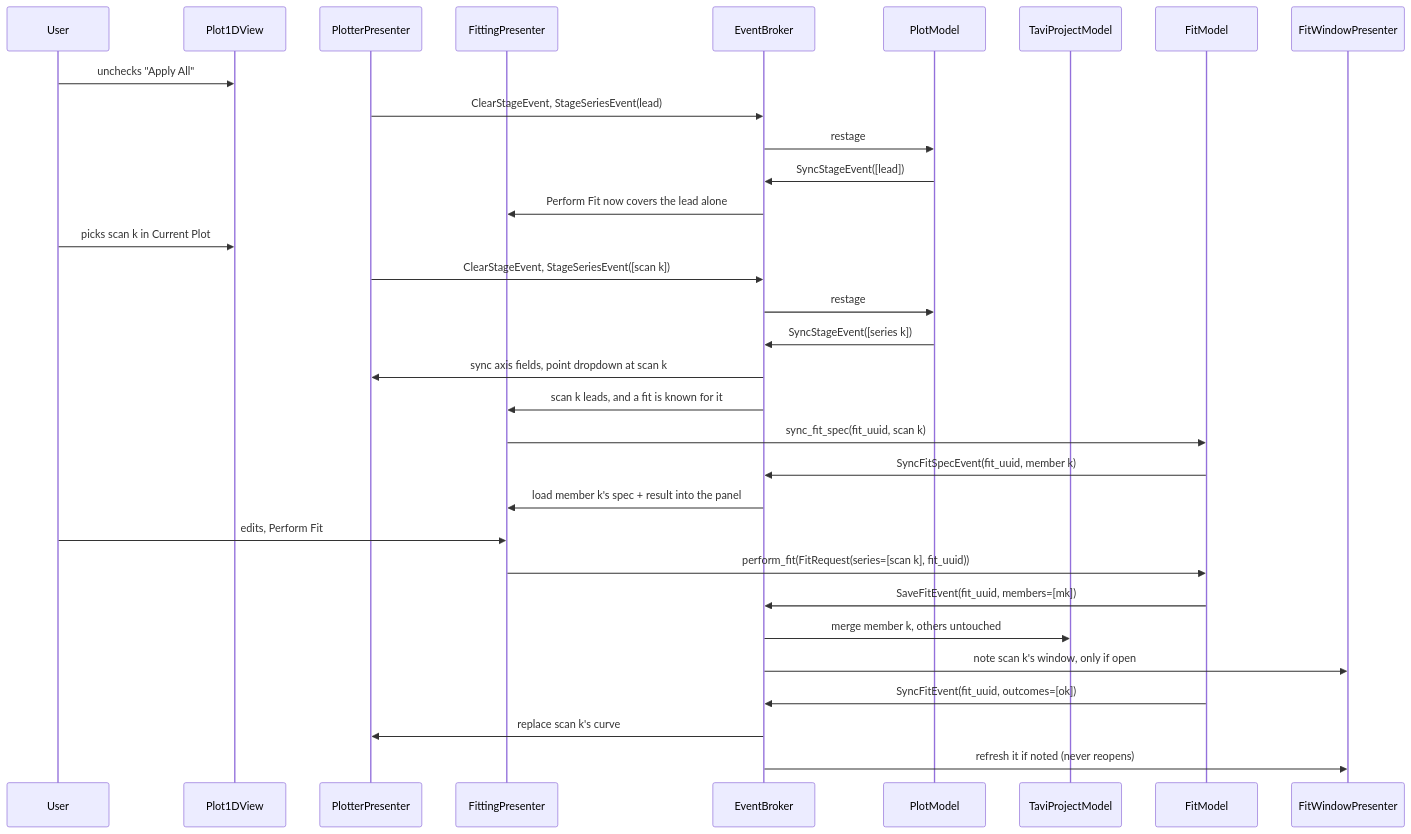
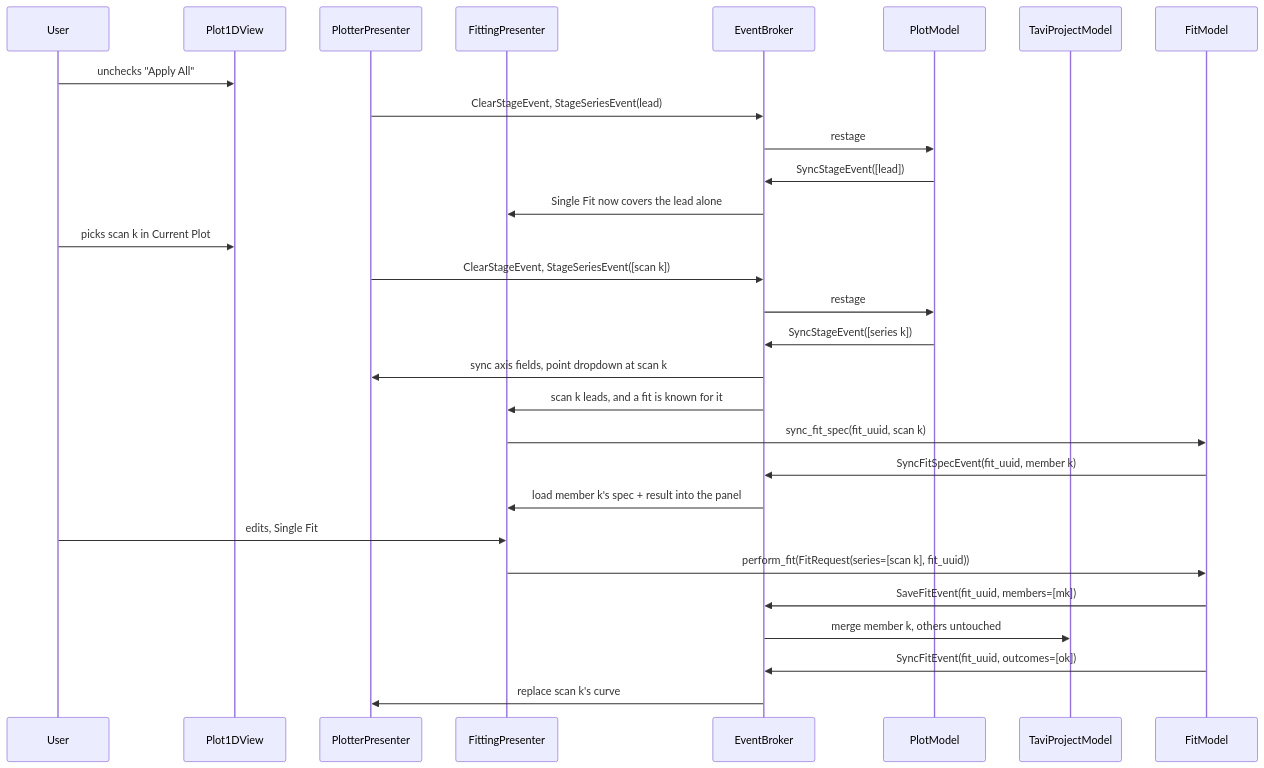
The sixth of 8 diagrams in docs/source/design/frontend/fit_data_model.rst (neutrons/TAVI), drawn with Mermaid before and after one commit. The commit also changed other lines of this file and 23 other files, not shown here.

```diff
--- a/docs/source/design/frontend/fit_data_model.rst
+++ b/docs/source/design/frontend/fit_data_model.rst
@@ -449,35 +512,35 @@
 .. mermaid::
 
     sequenceDiagram
         participant User
         participant Plot1DView
         participant PlotterPresenter
         participant FittingPresenter
         participant EventBroker
         participant PlotModel
         participant TaviProjectModel
         participant FitModel
-        participant FitWindowPresenter
+        %% Deprecated: participant FitWindowPresenter
 
         User ->> Plot1DView: unchecks "Apply All"
         PlotterPresenter ->> EventBroker: ClearStageEvent, StageSeriesEvent(lead)
         EventBroker ->> PlotModel: restage
         PlotModel ->> EventBroker: SyncStageEvent([lead])
-        EventBroker ->> FittingPresenter: Perform Fit now covers the lead alone
+        EventBroker ->> FittingPresenter: Single Fit now covers the lead alone
         User ->> Plot1DView: picks scan k in Current Plot
         PlotterPresenter ->> EventBroker: ClearStageEvent, StageSeriesEvent([scan k])
         EventBroker ->> PlotModel: restage
         PlotModel ->> EventBroker: SyncStageEvent([series k])
         EventBroker ->> PlotterPresenter: sync axis fields, point dropdown at scan k
         EventBroker ->> FittingPresenter: scan k leads, and a fit is known for it
         FittingPresenter ->> FitModel: sync_fit_spec(fit_uuid, scan k)
         FitModel ->> EventBroker: SyncFitSpecEvent(fit_uuid, member k)
         EventBroker ->> FittingPresenter: load member k's spec + result into the panel
-        User ->> FittingPresenter: edits, Perform Fit
+        User ->> FittingPresenter: edits, Single Fit
         FittingPresenter ->> FitModel: perform_fit(FitRequest(series=[scan k], fit_uuid))
         FitModel ->> EventBroker: SaveFitEvent(fit_uuid, members=[mk])
         EventBroker ->> TaviProjectModel: merge member k, others untouched
-        EventBroker ->> FitWindowPresenter: note scan k's window, only if open
+        %% Deprecated: EventBroker ->> FitWindowPresenter: note scan k's window, only if open
         FitModel ->> EventBroker: SyncFitEvent(fit_uuid, outcomes=[ok])
         EventBroker ->> PlotterPresenter: replace scan k's curve
-        EventBroker ->> FitWindowPresenter: refresh it if noted (never reopens)
+        %% Deprecated: EventBroker ->> FitWindowPresenter: refresh it if noted (never reopens)
```
